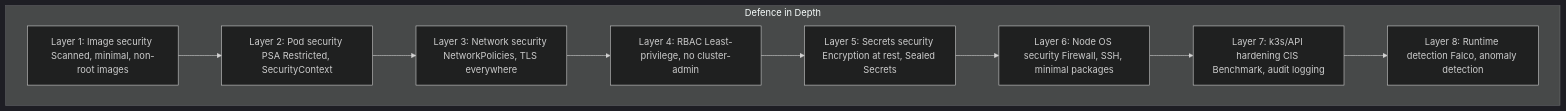
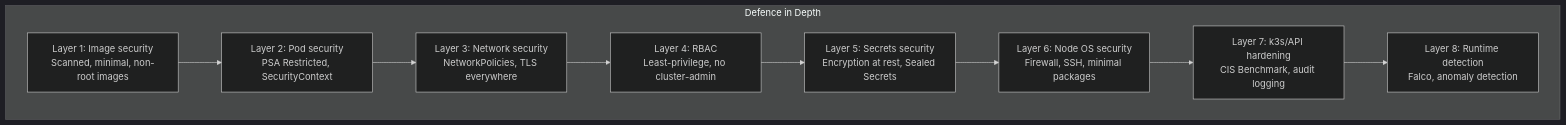
The first of 6 diagrams in 09_security/05_hardening_guide.md (UncleJS/course_k3s), drawn with Mermaid (dark theme) before and after one commit. The commit also changed other lines of this file and 45 other files, not shown here.

First line of the commit message:
Expand all course lessons: Mermaid diagrams + rich prose across 43 files

````diff
--- a/09_security/05_hardening_guide.md
+++ b/09_security/05_hardening_guide.md
@@ -33,15 +33,15 @@
 ```mermaid
-graph TD
+flowchart TD
     subgraph "Defence in Depth"
-        L1[Layer 1: Image security Scanned, minimal, non-root images]
-        L2[Layer 2: Pod security PSA Restricted, SecurityContext]
-        L3[Layer 3: Network security NetworkPolicies, TLS everywhere]
-        L4[Layer 4: RBAC Least-privilege, no cluster-admin]
-        L5[Layer 5: Secrets security Encryption at rest, Sealed Secrets]
-        L6[Layer 6: Node OS security Firewall, SSH, minimal packages]
-        L7[Layer 7: k3s/API hardening CIS Benchmark, audit logging]
-        L8[Layer 8: Runtime detection Falco, anomaly detection]
+        L1["Layer 1: Image security<br/>Scanned, minimal, non-root images"]
+        L2["Layer 2: Pod security<br/>PSA Restricted, SecurityContext"]
+        L3["Layer 3: Network security<br/>NetworkPolicies, TLS everywhere"]
+        L4["Layer 4: RBAC<br/>Least-privilege, no cluster-admin"]
+        L5["Layer 5: Secrets security<br/>Encryption at rest, Sealed Secrets"]
+        L6["Layer 6: Node OS security<br/>Firewall, SSH, minimal packages"]
+        L7["Layer 7: k3s/API hardening<br/>CIS Benchmark, audit logging"]
+        L8["Layer 8: Runtime detection<br/>Falco, anomaly detection"]
 
         L1 --> L2 --> L3 --> L4 --> L5 --> L6 --> L7 --> L8
     end
 ```
````
